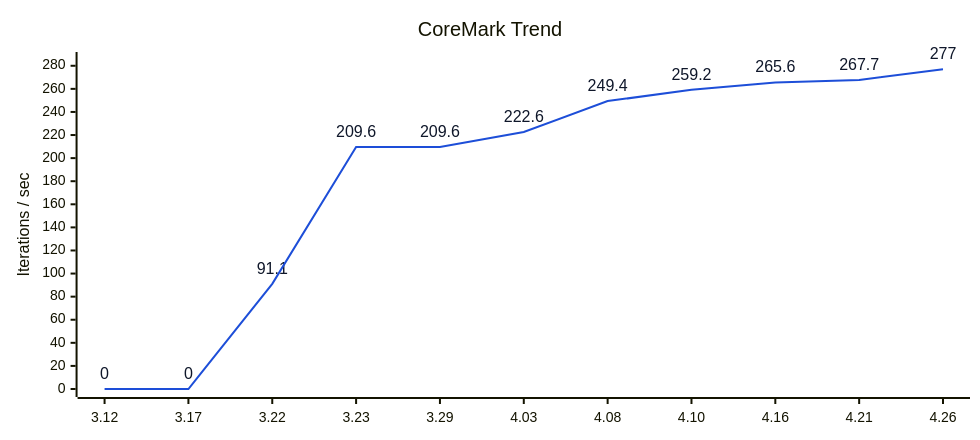
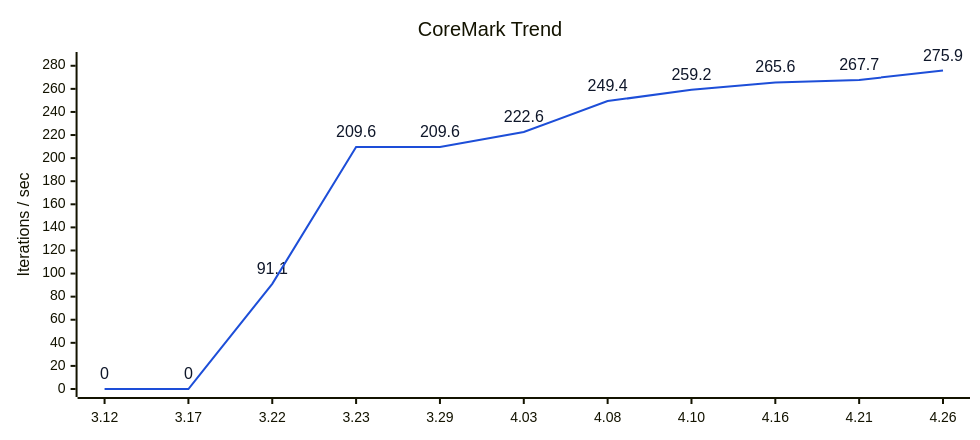
The diagram in README.md (xiaomi0530/SXQ-RV32ICPU), drawn with Mermaid before and after one commit. The commit also changed other lines of this file, not shown here.

````diff
--- a/README.md
+++ b/README.md
@@ -35,23 +36,23 @@
 ```mermaid
 ---
 config:
   theme: base
   xyChart:
     width: 960
     height: 420
     showDataLabel: true
     showDataLabelOutsideBar: true
   themeVariables:
     background: "#ffffff"
     textColor: "#111827"
     xyChart:
       plotColorPalette: "transparent, #1d4ed8"
       dataLabelColor: "#0f172a"
 ---
 xychart-beta
     title "CoreMark Trend"
     x-axis ["3.12","3.17","3.22","3.23","3.29","4.03","4.08","4.10","4.16","4.21","4.26"]
     y-axis "Iterations / sec" 0 --> 285
-    bar [0.0,0.0,91.1,209.6,209.6,222.6,249.4,259.2,265.6,267.7,277.0]
-    line [0.0,0.0,91.1,209.6,209.6,222.6,249.4,259.2,265.6,267.7,277.0]
+    bar [0.0,0.0,91.1,209.6,209.6,222.6,249.4,259.2,265.6,267.7,275.9]
+    line [0.0,0.0,91.1,209.6,209.6,222.6,249.4,259.2,265.6,267.7,275.9]
 ```
````
